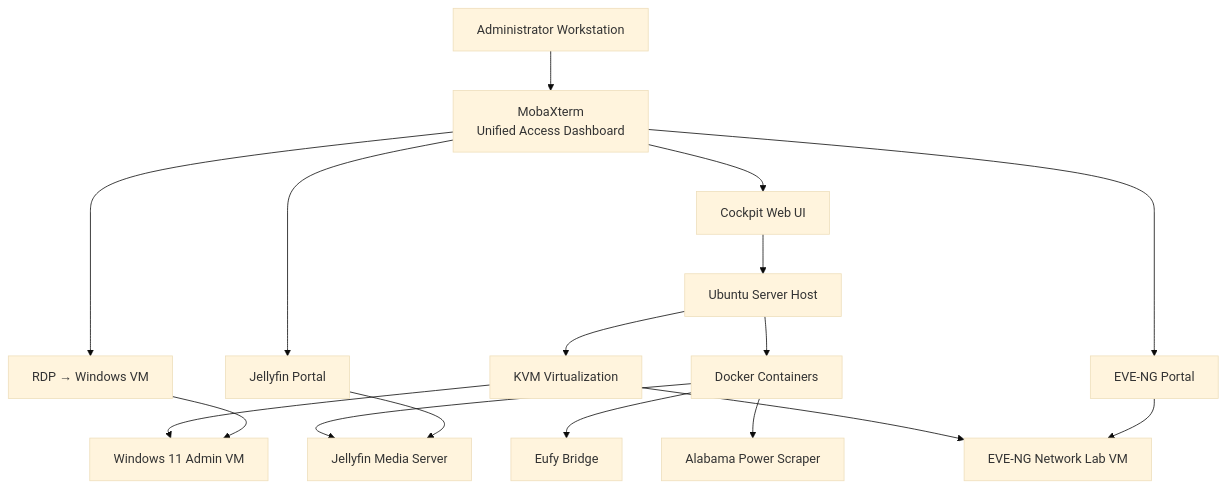
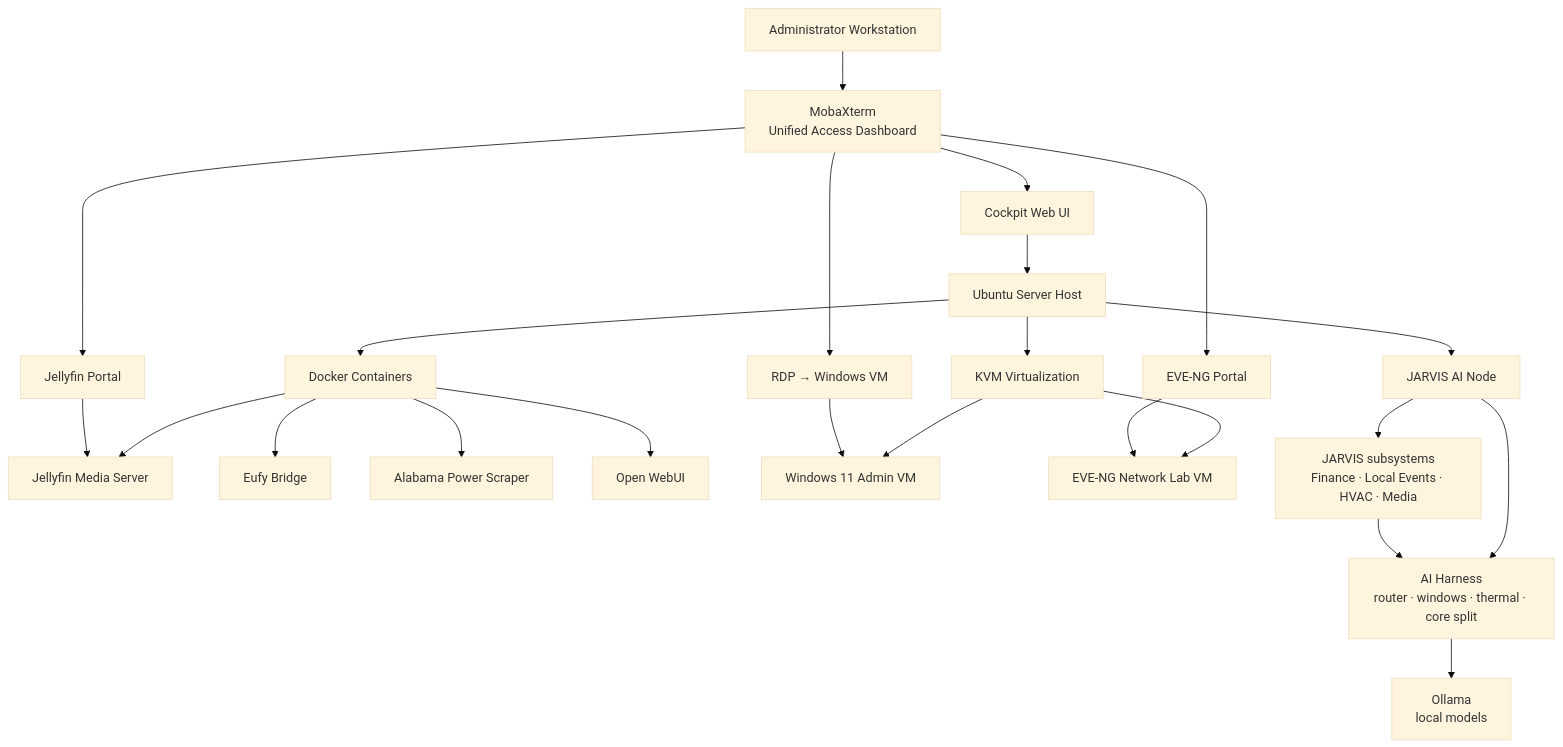
One commit to VicDubose/Smart-Home-Infrastructure changed the first of 3 diagrams in 03-RDP-VM-Infrastructure/README.md. Above: the diagram before and after it, drawn with Mermaid (base theme). The commit also changed other lines of this file and 1 other file, not shown here.

Commit message:
Docs: update RDP master README with JARVIS AI architecture

````diff
--- a/03-RDP-VM-Infrastructure/README.md
+++ b/03-RDP-VM-Infrastructure/README.md
@@ -75,29 +126,36 @@
 ```mermaid
 
     flowchart TD
 
     ADMIN[Administrator Workstation]
 
     ADMIN --> MOBA[MobaXterm<br/>Unified Access Dashboard]
 
     MOBA --> RDP[RDP → Windows VM]
     MOBA --> WEB1[Cockpit Web UI]
     MOBA --> WEB2[EVE-NG Portal]
     MOBA --> WEB3[Jellyfin Portal]
 
     WEB1 --> UBUNTU[Ubuntu Server Host]
 
     UBUNTU --> DOCKER[Docker Containers]
     UBUNTU --> KVM[KVM Virtualization]
+    UBUNTU --> JARVIS[JARVIS AI Node]
 
     DOCKER --> JELLYFIN[Jellyfin Media Server]
     DOCKER --> EUFY[Eufy Bridge]
     DOCKER --> POWER[Alabama Power Scraper]
+    DOCKER --> WEBUI[Open WebUI]
 
     KVM --> WINDOWSVM[Windows 11 Admin VM]
     KVM --> EVENGVM[EVE-NG Network Lab VM]
+
+    JARVIS --> HARNESS[AI Harness<br/>router · windows · thermal · core split]
+    HARNESS --> OLLAMA[Ollama<br/>local models]
+    JARVIS --> SUBS[JARVIS subsystems<br/>Finance · Local Events · HVAC · Media]
+    SUBS --> HARNESS
 
     RDP --> WINDOWSVM
     WEB2 --> EVENGVM
     WEB3 --> JELLYFIN
 ```
````
